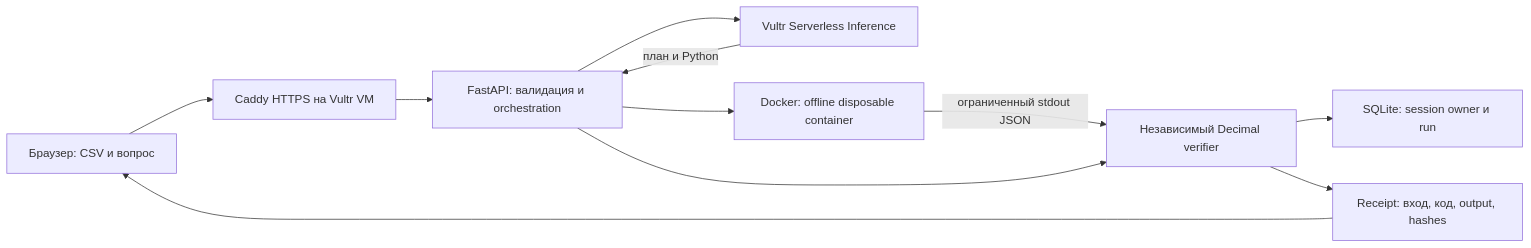
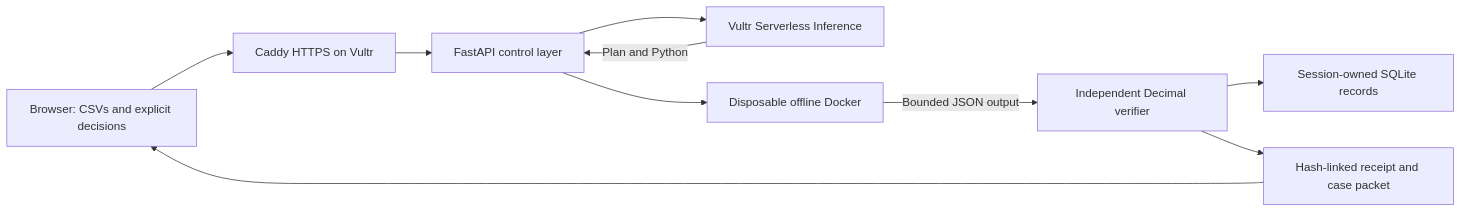
Before and after one commit to NuraliKuzhagaliev/Prooflane: the diagram in docs/ARCHITECTURE.md, drawn with Mermaid. The commit also changed other lines of this file and 104 other files, not shown here.

````diff
--- a/docs/ARCHITECTURE.md
+++ b/docs/ARCHITECTURE.md
@@ -17,13 +5,12 @@
 ```mermaid
 flowchart LR
-    B[Браузер: CSV и вопрос] --> C[Caddy HTTPS на Vultr VM]
-    C --> A[FastAPI: валидация и orchestration]
+    B[Browser: CSVs and explicit decisions] --> C[Caddy HTTPS on Vultr]
+    C --> A[FastAPI control layer]
     A --> M[Vultr Serverless Inference]
-    M -->|план и Python| A
-    A --> D[Docker: offline disposable container]
-    D -->|ограниченный stdout JSON| V[Независимый Decimal verifier]
-    A --> V
-    V --> S[SQLite: session owner и run]
-    V --> R[Receipt: вход, код, output, hashes]
+    M -->|Plan and Python| A
+    A --> D[Disposable offline Docker]
+    D -->|Bounded JSON output| V[Independent Decimal verifier]
+    V --> S[Session-owned SQLite records]
+    V --> R[Hash-linked receipt and case packet]
     R --> B
 ```
````
